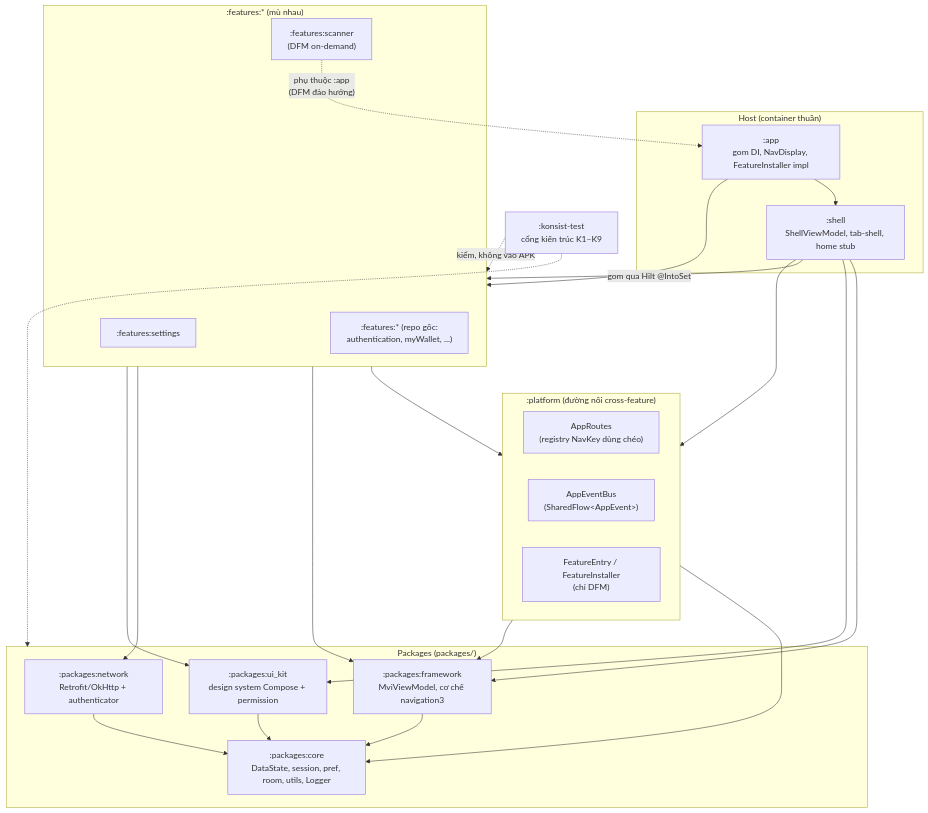
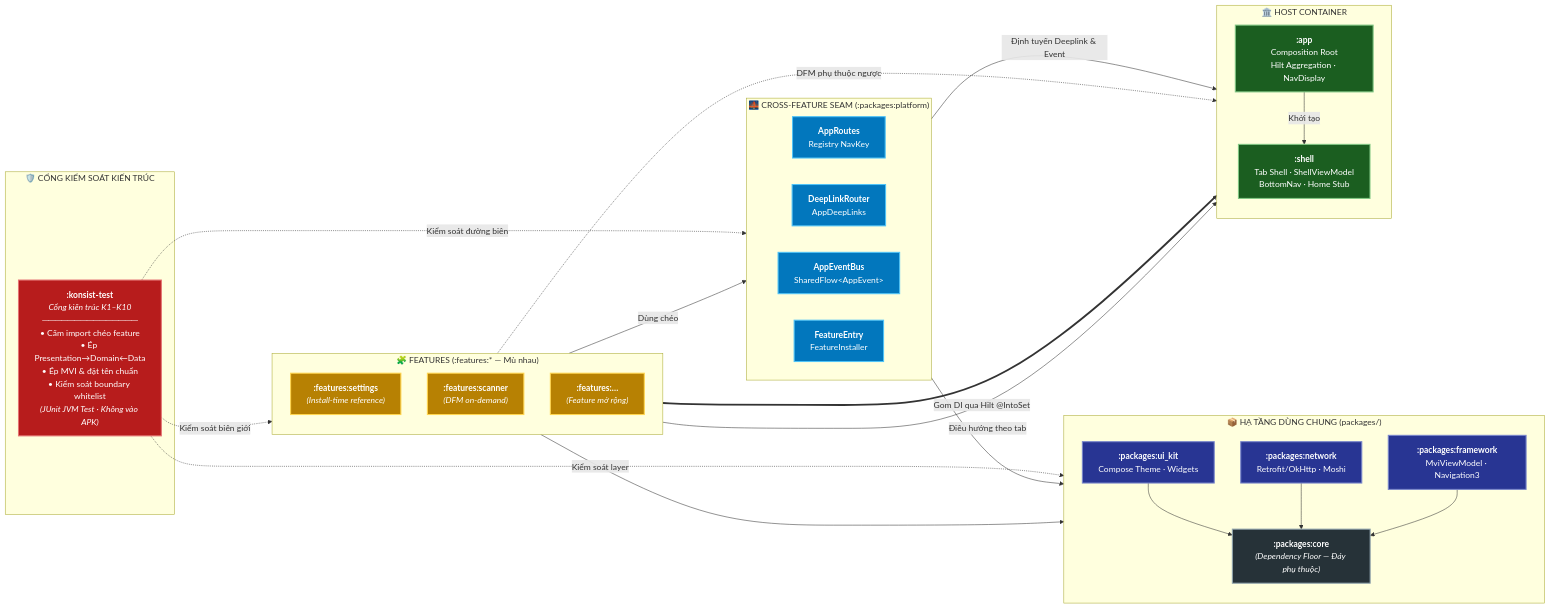
The first of 3 diagrams in .devtool/epic/android_super_app_template/android_super_app_template.vi.md (DanhDue/android_digital_wallet), drawn with Mermaid before and after one commit. The commit also changed other lines of this file and 26 other files, not shown here.

Commit message:
[DEEPLINK_ROUTER] uppdate documents & clean the tasks.

````diff
--- a/.devtool/epic/android_super_app_template/android_super_app_template.vi.md
+++ b/.devtool/epic/android_super_app_template/android_super_app_template.vi.md
@@ -59,49 +59,82 @@
 ```mermaid
-graph TD
-    subgraph Host["Host (container thuần)"]
-        APP[":app<br/>gom DI, NavDisplay, FeatureInstaller impl"]
-        SHELL[":shell<br/>ShellViewModel, tab-shell, home stub"]
+flowchart LR
+    %% ==========================================
+    %% 1. BÊN TRÁI: Architecture Gate (Konsist)
+    %% ==========================================
+    subgraph GATE["🛡️ CỔNG KIỂM SOÁT KIẾN TRÚC"]
+        KONSIST["<b>:konsist-test</b><br/><i>Cổng kiến trúc K1–K10</i><br/>───────────────<br/>• Cấm import chéo feature<br/>• Ép Presentation→Domain←Data<br/>• Ép MVI & đặt tên chuẩn<br/>• Kiểm soát boundary whitelist<br/><i>(JUnit JVM Test · Không vào APK)</i>"]
     end
 
-    subgraph Platform[":platform (đường nối cross-feature)"]
-        ROUTES["AppRoutes<br/>(registry NavKey dùng chéo)"]
-        BUS["AppEventBus<br/>(SharedFlow&lt;AppEvent&gt;)"]
-        FE["FeatureEntry / FeatureInstaller<br/>(chỉ DFM)"]
+    %% ==========================================
+    %% 2. Ở GIỮA: Features & Hạ Tầng
+    %% ==========================================
+    subgraph Features["🧩 FEATURES (:features:* — Mù nhau)"]
+        direction TB
+        F_SET["<b>:features:settings</b><br/><i>(Install-time reference)</i>"]
+        F_SCAN["<b>:features:scanner</b><br/><i>(DFM on-demand)</i>"]
+        F_BIZ["<b>:features:…</b><br/><i>(Feature mở rộng)</i>"]
     end
 
-    subgraph Features[":features:* (mù nhau)"]
-        F_SET[":features:settings"]
-        F_SCAN[":features:scanner<br/>(DFM on-demand)"]
-        F_BIZ[":features:* (repo gốc:<br/>authentication, myWallet, ...)"]
+    subgraph Seam["🌉 CROSS-FEATURE SEAM (:packages:platform)"]
+        direction LR
+        ROUTES["<b>AppRoutes</b><br/>Registry NavKey"]
+        ROUTER["<b>DeepLinkRouter</b><br/>AppDeepLinks"]
+        BUS["<b>AppEventBus</b><br/>SharedFlow&lt;AppEvent&gt;"]
+        FE["<b>FeatureEntry</b><br/>FeatureInstaller"]
     end
 
-    subgraph Packages["Packages (packages/)"]
-        FRAMEWORK[":packages:framework<br/>MviViewModel, cơ chế navigation3"]
-        NETWORK[":packages:network<br/>Retrofit/OkHttp + authenticator"]
-        UIKIT[":packages:ui_kit<br/>design system Compose + permission"]
-        CORE[":packages:core<br/>DataState, session, pref, room, utils, Logger"]
+    subgraph Packages["📦 HẠ TẦNG DÙNG CHUNG (packages/)"]
+        direction TB
+        UIKIT["<b>:packages:ui_kit</b><br/>Compose Theme · Widgets"]
+        NETWORK["<b>:packages:network</b><br/>Retrofit/OkHttp · Moshi"]
+        FRAMEWORK["<b>:packages:framework</b><br/>MviViewModel · Navigation3"]
+        CORE["<b>:packages:core</b><br/><i>(Dependency Floor — Đáy phụ thuộc)</i>"]
+        UIKIT --> CORE
+        NETWORK --> CORE
+        FRAMEWORK --> CORE
     end
 
-    APP --> SHELL
-    APP -->|gom qua Hilt @IntoSet| Features
-    SHELL --> Features
-    SHELL --> Platform
-    SHELL --> FRAMEWORK
-    SHELL --> UIKIT
+    %% ==========================================
+    %% 3. BÊN PHẢI: Host Container
+    %% ==========================================
+    subgraph Host["🏛️ HOST CONTAINER"]
+        direction TB
+        APP["<b>:app</b><br/>Composition Root<br/>Hilt Aggregation · NavDisplay"]
+        SHELL["<b>:shell</b><br/>Tab Shell · ShellViewModel<br/>BottomNav · Home Stub"]
+        APP -->|"Khởi tạo"| SHELL
+    end
 
-    Features --> Platform
-    Features --> FRAMEWORK
-    Features --> NETWORK
-    Features --> UIKIT
+    %% Căn hàng ngang 3 khối chính: Gate (Trái) -> Features (Giữa) -> Host (Phải)
+    KONSIST ~~~ F_SET ~~~ APP
 
-    F_SCAN -.->|"phụ thuộc :app<br/>(DFM đảo hướng)"| APP
+    %% Gate kiểm soát các tầng
+    KONSIST -.->|"Kiểm soát biên giới"| Features
+    KONSIST -.->|"Kiểm soát đường biên"| Seam
+    KONSIST -.->|"Kiểm soát layer"| Packages
 
-    Platform --> CORE
-    Platform --> FRAMEWORK
-    FRAMEWORK --> CORE
-    NETWORK --> CORE
-    UIKIT --> CORE
+    %% Features ở giữa liên kết với hạ tầng
+    Features -->|"Dùng chéo"| Seam
+    Features --> Packages
+    Seam --> CORE
 
-    KONSIST[":konsist-test<br/>cổng kiến trúc K1–K9"] -.->|kiểm, không vào APK| Features
-    KONSIST -.-> Packages
+    %% Features & Seam kết nối sang Host bên phải
+    Features ==>|"Gom DI qua Hilt @IntoSet"| APP
+    F_SCAN -.->|"DFM phụ thuộc ngược"| APP
+    Seam -->|"Định tuyến Deeplink & Event"| SHELL
+    Features -->|"Điều hướng theo tab"| SHELL
+
+    %% Styling
+    classDef host fill:#1b5e20,stroke:#81c784,stroke-width:2px,color:#ffffff
+    classDef feat fill:#b78103,stroke:#ffd54f,stroke-width:2px,color:#ffffff
+    classDef seam fill:#0277bd,stroke:#4fc3f7,stroke-width:2px,color:#ffffff
+    classDef pkg fill:#283593,stroke:#7986cb,stroke-width:2px,color:#ffffff
+    classDef core fill:#263238,stroke:#90a4ae,stroke-width:2px,color:#ffffff
+    classDef gate fill:#b71c1c,stroke:#e57373,stroke-width:2px,color:#ffffff
+
+    class APP,SHELL host
+    class F_SET,F_SCAN,F_BIZ feat
+    class ROUTES,ROUTER,BUS,FE seam
+    class FRAMEWORK,NETWORK,UIKIT pkg
+    class CORE core
+    class KONSIST gate
 ```
````
